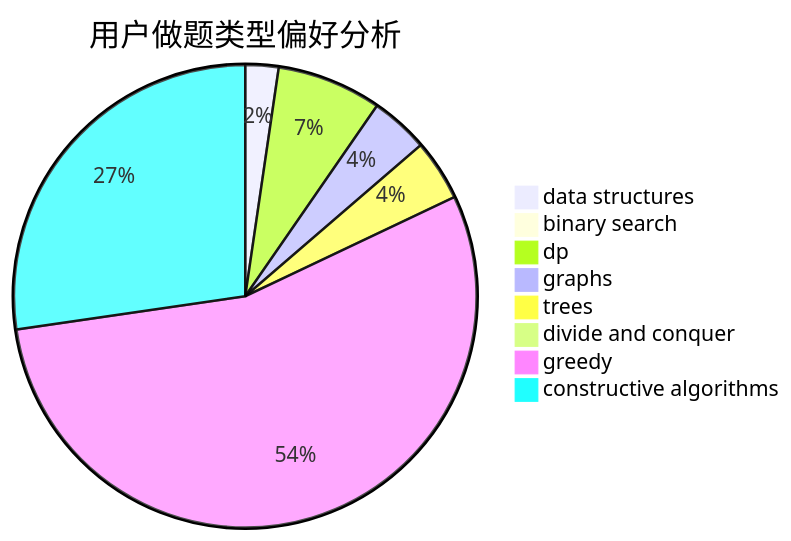
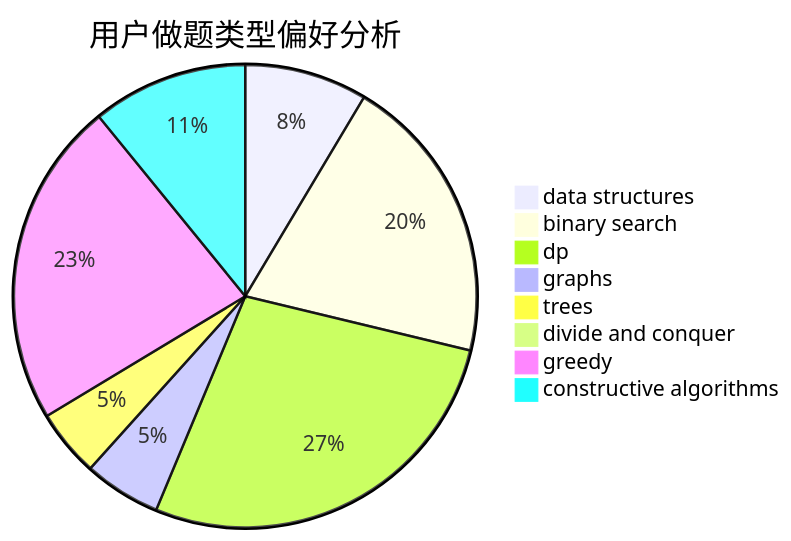
The second of 3 diagrams in docs/user/u86.md (sherpahu/cfrs.github.io), drawn with Mermaid before and after one commit. The commit also changed other lines of this file and 2770 other files, not shown here.

````diff
--- a/docs/user/u86.md
+++ b/docs/user/u86.md
@@ -23,11 +23,11 @@
 ```mermaid
 pie title 用户做题类型偏好分析
-    "data structures" :  32
-    "binary search" :  4
-    "dp" :  101
-    "graphs" :  56
-    "trees" :  59
-    "divide and conquer" :  8
-    "greedy" :  756
-    "constructive algorithms" :  377
+    "data structures" :  137
+    "binary search" :  323
+    "dp" :  440
+    "graphs" :  86
+    "trees" :  75
+    "divide and conquer" :  13
+    "greedy" :  364
+    "constructive algorithms" :  174
 ```
````
